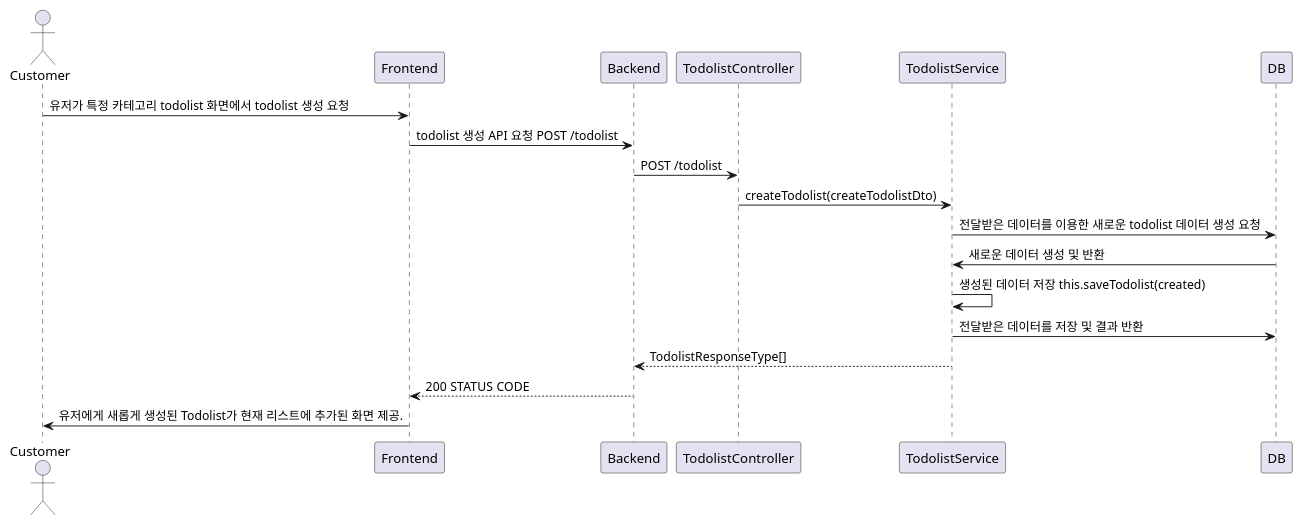
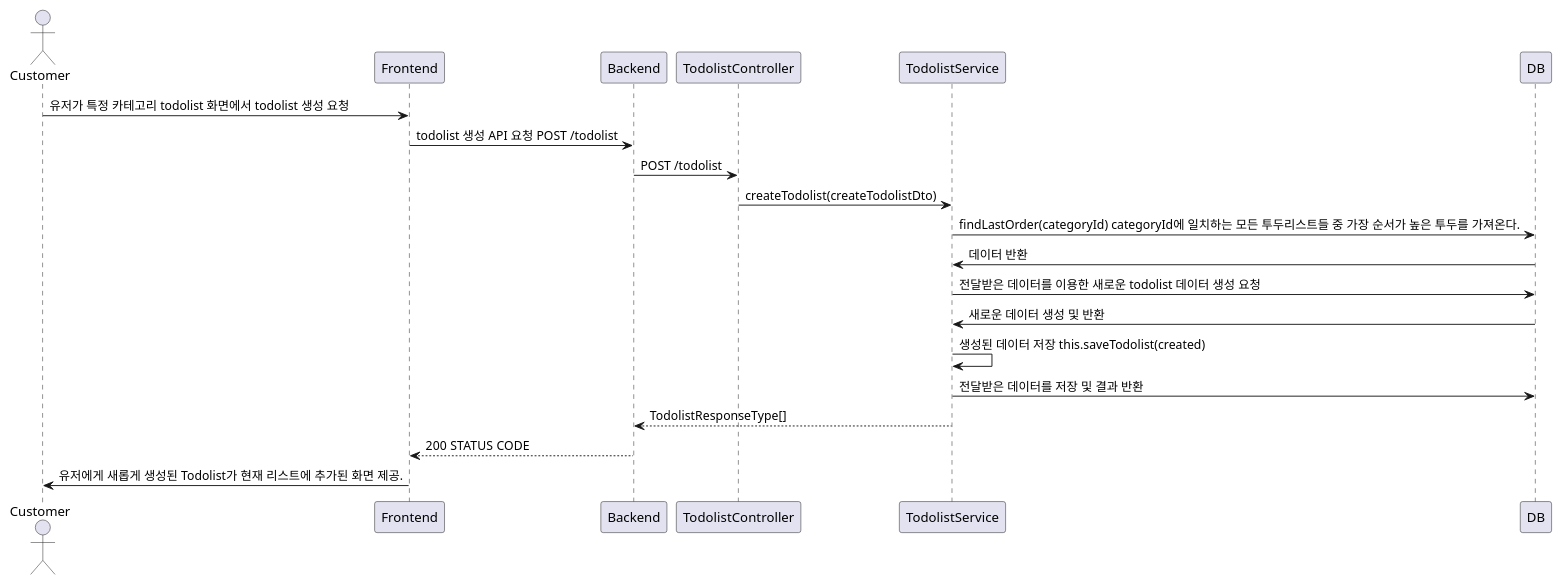
One commit to VVSOGI/todolist-remake changed the diagram in server/docs/todolist/todolist.post.md. Above: the diagram before and after it, drawn with PlantUML.

Commit message:
Add logic to retrieve the last ordered todo item for a given category

````diff
--- a/server/docs/todolist/todolist.post.md
+++ b/server/docs/todolist/todolist.post.md
@@ -24,16 +24,18 @@
 ```plantuml
 @startuml
 actor Customer
 Customer -> Frontend: 유저가 특정 카테고리 todolist 화면에서 todolist 생성 요청
     Frontend -> Backend: todolist 생성 API 요청 POST /todolist
         Backend -> TodolistController: POST /todolist
             TodolistController -> TodolistService: createTodolist(createTodolistDto)
+                TodolistService -> DB: findLastOrder(categoryId) categoryId에 일치하는 모든 투두리스트들 중 가장 순서가 높은 투두를 가져온다.
+                DB -> TodolistService: 데이터 반환
                 TodolistService -> DB: 전달받은 데이터를 이용한 새로운 todolist 데이터 생성 요청
                 DB -> TodolistService: 새로운 데이터 생성 및 반환
                 TodolistService -> TodolistService: 생성된 데이터 저장 this.saveTodolist(created)
                 TodolistService -> DB: 전달받은 데이터를 저장 및 결과 반환
             Backend <-- TodolistService: TodolistResponseType[]
     Frontend <-- Backend: 200 STATUS CODE
 Customer <- Frontend: 유저에게 새롭게 생성된 Todolist가 현재 리스트에 추가된 화면 제공.
 @enduml
 ```
````
